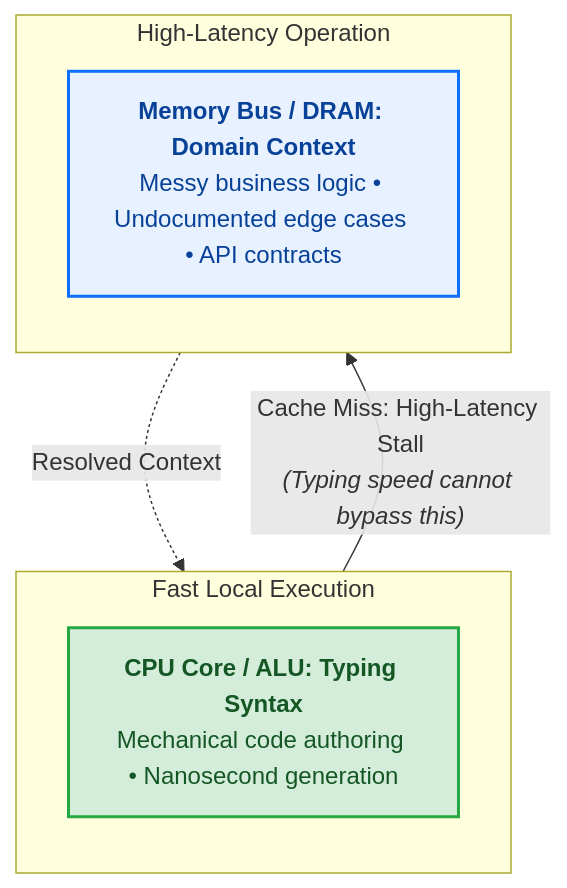
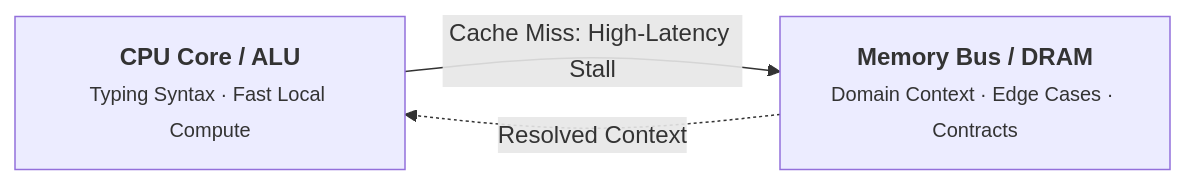
Before and after one commit to schlafer/sazidmahmud.bd: the fifth of 6 diagrams in content/posts/11-Why AI Won’t 10x Your Software Team/index.md, drawn with Mermaid. The commit also changed other lines of this file and 2 other files, not shown here.

Commit message:
style(blog): redesign diagrams with clean architectural aesthetic and restrained palette

````diff
--- a/content/posts/11-Why AI Won’t 10x Your Software Team/index.md
+++ b/content/posts/11-Why AI Won’t 10x Your Software Team/index.md
@@ -190,18 +152,5 @@
 ```mermaid
-flowchart TD
-    subgraph Compute["Fast Local Execution"]
-        direction TB
-        ALU["<b>CPU Core / ALU: Typing Syntax</b><br/>Mechanical code authoring • Nanosecond generation"]:::green
-    end
-
-    subgraph Memory["High-Latency Operation"]
-        direction TB
-        BUS["<b>Memory Bus / DRAM: Domain Context</b><br/>Messy business logic • Undocumented edge cases • API contracts"]:::blue
-    end
-
-    ALU -->|"Cache Miss: High-Latency Stall<br/><i>(Typing speed cannot bypass this)</i>"| BUS
-    BUS -.->|"Resolved Context"| ALU
-
-    classDef green fill:#d4edda,stroke:#28a745,stroke-width:2px,color:#155724;
-    classDef blue fill:#e7f1ff,stroke:#0d6efd,stroke-width:2px,color:#084298;
+flowchart LR
+    CPU["<b>CPU Core / ALU</b><br/><small>Typing Syntax · Fast Local Compute</small>"]:::fast -->|"Cache Miss: High-Latency Stall"| MEM["<b>Memory Bus / DRAM</b><br/><small>Domain Context · Edge Cases · Contracts</small>"]:::bottleneck
+    MEM -.->|"Resolved Context"| CPU
 ```
````
